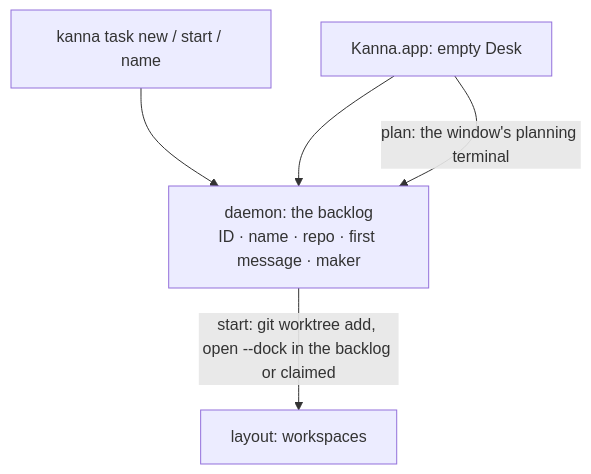
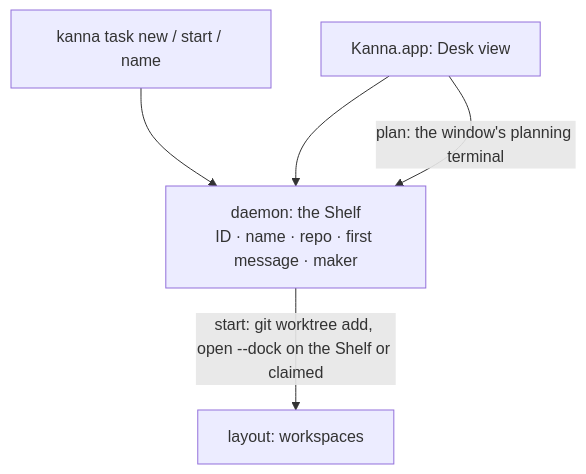
Before and after one commit to tampopogk/kanna: the second of 2 diagrams in docs/specs/tasks.md, drawn with Mermaid. The commit also changed other lines of this file and 51 other files, not shown here.

Commit message:
Specs: Desk and Shelf, the Desk view, pick, shelve, activate, park; backlog-runners → shelf-runners, backlog-search → shelf-search, shelve-latency → move-to-desk-latency

````diff
--- a/docs/specs/tasks.md
+++ b/docs/specs/tasks.md
@@ -150,7 +148,7 @@
 ```mermaid
 flowchart TB
     CLI["kanna task new / start / name"] --> D
-    APP["Kanna.app: empty Desk"] --> D
+    APP["Kanna.app: Desk view"] --> D
     APP -->|"plan: the window's planning terminal"| D
-    D["daemon: the backlog<br/>ID · name · repo · first message · maker"] -->|"start: git worktree add, open --dock in the backlog or claimed"| L["layout: workspaces"]
+    D["daemon: the Shelf<br/>ID · name · repo · first message · maker"] -->|"start: git worktree add, open --dock on the Shelf or claimed"| L["layout: workspaces"]
 ```
````
